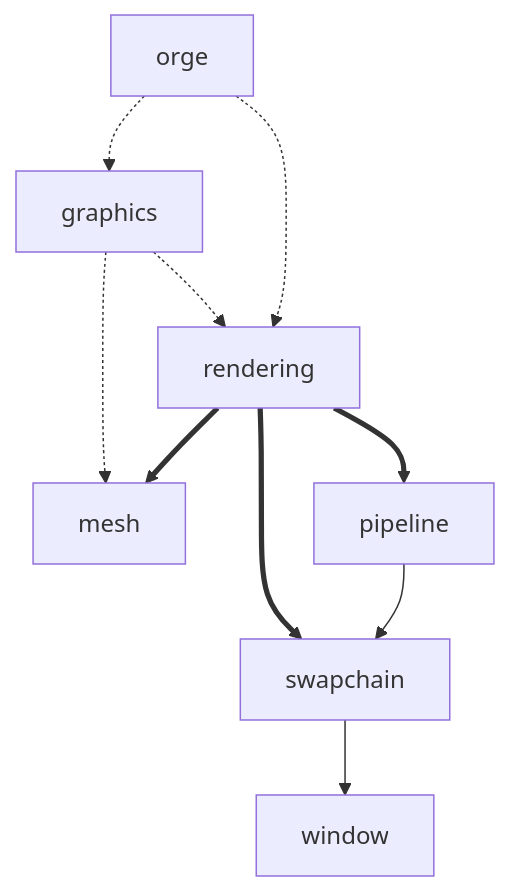
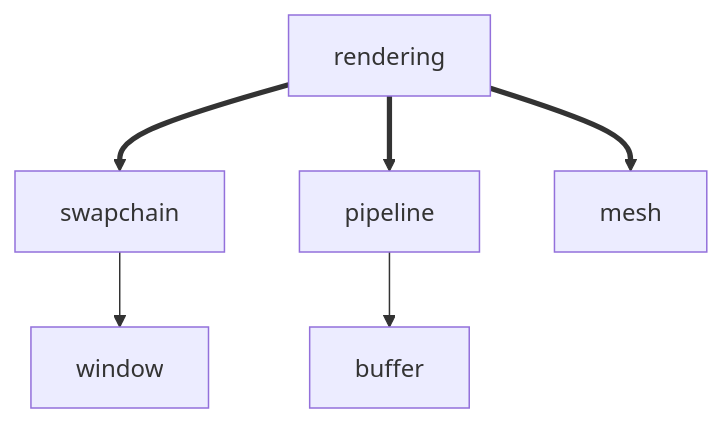
The diagram in docs/ARCHITECTURE.md (Tengu712/orge), drawn with Mermaid before and after one commit. The commit also changed other lines of this file and 26 other files, not shown here.

````diff
--- a/docs/ARCHITECTURE.md
+++ b/docs/ARCHITECTURE.md
@@ -5,12 +7,8 @@
 ```mermaid
 graph TD
-    orge -.-> graphics
-    graphics -.-> rendering
-    orge -.-> rendering
-    graphics -.-> mesh
     rendering ==> swapchain
     rendering ==> pipeline
     rendering ==> mesh
     swapchain --> window
-    pipeline --> swapchain
+    pipeline --> buffer
 ```
````
